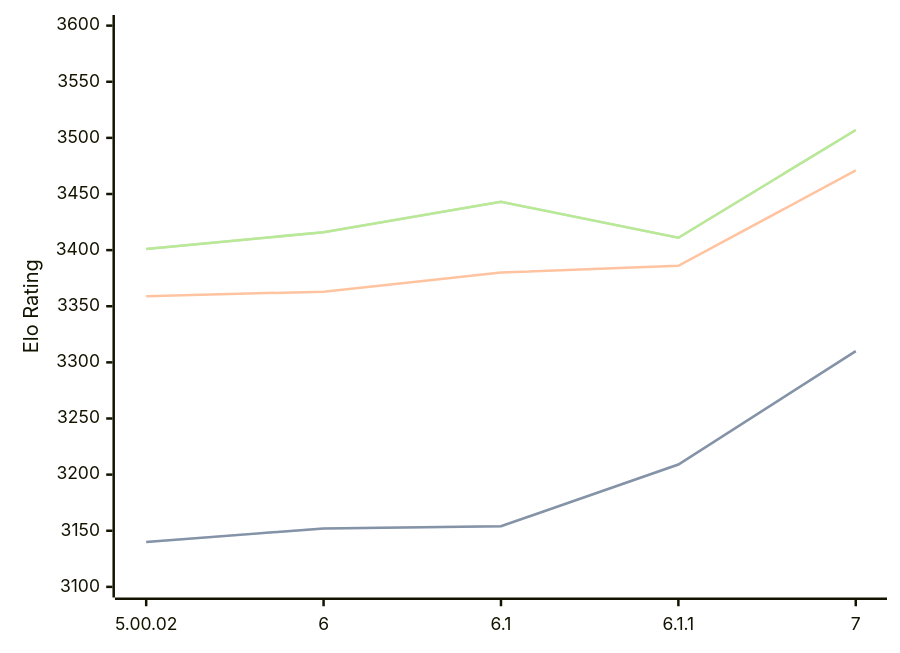
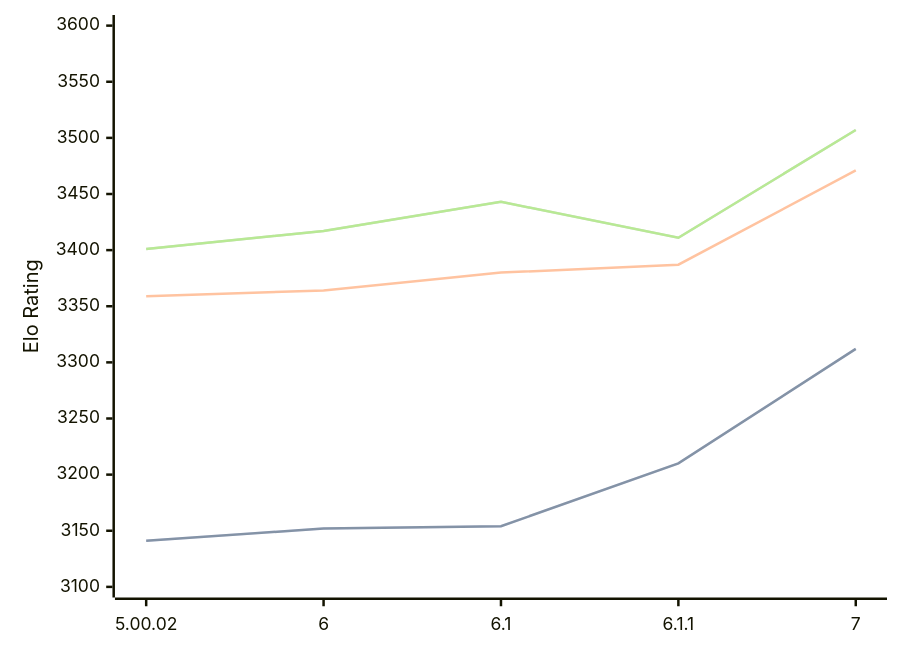
Before and after one commit to computer-chess-index/cci: the diagram in engines/Zangdar.md, drawn with Mermaid. The commit also changed other lines of this file, not shown here.

Commit message:
Update CCI Ratings (ELO VLTC) - 2026-10-02

````diff
--- a/engines/Zangdar.md
+++ b/engines/Zangdar.md
@@ -35,11 +35,11 @@
 ```mermaid
 %%{init: {"theme":"base","themeVariables":{"seriesColors:['#a3a3a3','#222221','#faa371']}}}%%
 xychart-beta
   x-axis ["5.00.02", "6", "6.1", "6.1.1", "7"]
   y-axis "Elo Rating" 3100 --> 3600
-  line "" [3140, 3152, 3154, 3209, 3310]
-  line "STC (8.0+0.08s)" [3140, 3152, 3154, 3209, 3310]
-  line "LTC (60.0+0.60s)" [3359, 3363, 3380, 3386, 3471]
-  line "" [3401, 3416, 3443, 3411, 3507]
-  line "VLTC (2m24s+1.12s)" [3401, 3416, 3443, 3411, 3507]
+  line "" [3141, 3152, 3154, 3210, 3312]
+  line "STC (8.0+0.08s)" [3141, 3152, 3154, 3210, 3312]
+  line "LTC (60.0+0.60s)" [3359, 3364, 3380, 3387, 3471]
+  line "" [3401, 3417, 3443, 3411, 3507]
+  line "VLTC (2m24s+1.12s)" [3401, 3417, 3443, 3411, 3507]
 ```
````
